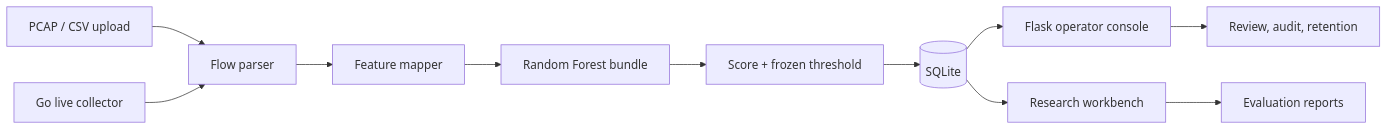
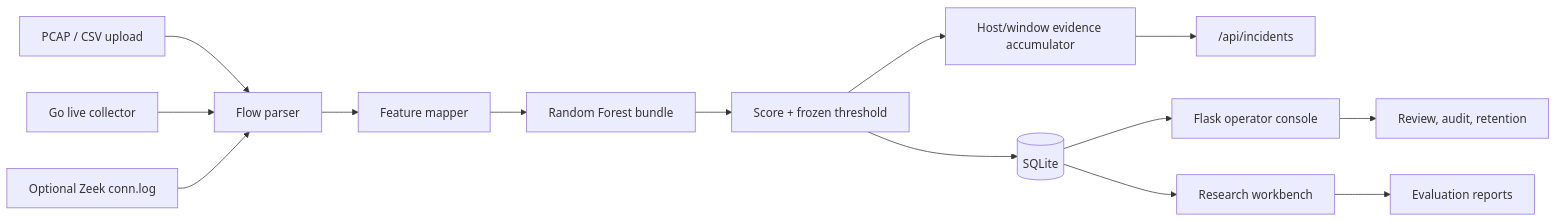
One commit to coderv1304/network-anomaly-detection changed the diagram in README.md. Above: the diagram before and after it, drawn with Mermaid. The commit also changed other lines of this file and 29 other files, not shown here.

````diff
--- a/README.md
+++ b/README.md
@@ -88,13 +88,16 @@
 ```mermaid
 flowchart LR
     A[PCAP / CSV upload] --> B[Flow parser]
     L[Go live collector] --> B
+    Z[Optional Zeek conn.log] --> B
     B --> C[Feature mapper]
     C --> D[Random Forest bundle]
     D --> E[Score + frozen threshold]
     E --> F[(SQLite)]
-    F --> G[Flask operator console]
-    F --> H[Research workbench]
-    G --> I[Review, audit, retention]
-    H --> J[Evaluation reports]
+    E --> G[Host/window evidence accumulator]
+    G --> H["/api/incidents"]
+    F --> I[Flask operator console]
+    F --> J[Research workbench]
+    I --> K[Review, audit, retention]
+    J --> M[Evaluation reports]
 ```
````
